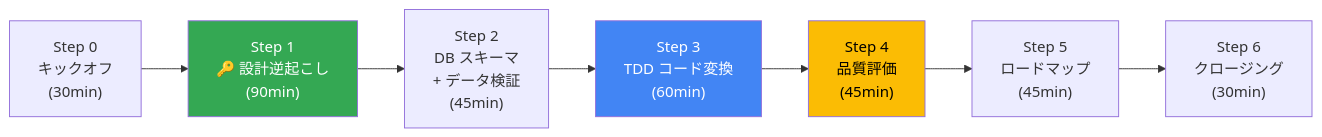
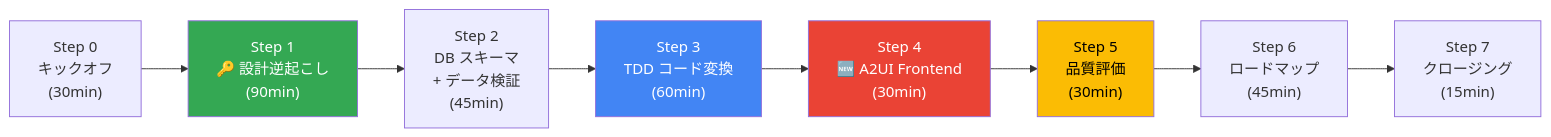
One commit to tyorikan/migration-with-ai changed the first of 9 diagrams in workshop-real/README.md. Above: the diagram before and after it, drawn with Mermaid. The commit also changed other lines of this file and 17 other files, not shown here.

````diff
--- a/workshop-real/README.md
+++ b/workshop-real/README.md
@@ -61,13 +62,15 @@
 ```mermaid
 graph LR
     S0["Step 0<br/>キックオフ<br/>(30min)"] --> S1["Step 1<br/>🔑 設計逆起こし<br/>(90min)"]
     S1 --> S2["Step 2<br/>DB スキーマ<br/>+ データ検証<br/>(45min)"]
     S2 --> S3["Step 3<br/>TDD コード変換<br/>(60min)"]
-    S3 --> S4["Step 4<br/>品質評価<br/>(45min)"]
-    S4 --> S5["Step 5<br/>ロードマップ<br/>(45min)"]
-    S5 --> S6["Step 6<br/>クロージング<br/>(30min)"]
+    S3 --> S4["Step 4<br/>🆕 A2UI Frontend<br/>(30min)"]
+    S4 --> S5["Step 5<br/>品質評価<br/>(30min)"]
+    S5 --> S6["Step 6<br/>ロードマップ<br/>(45min)"]
+    S6 --> S7["Step 7<br/>クロージング<br/>(15min)"]
 
     style S1 fill:#34A853,color:#fff
     style S3 fill:#4285F4,color:#fff
-    style S4 fill:#FBBC04,color:#000
+    style S4 fill:#EA4335,color:#fff
+    style S5 fill:#FBBC04,color:#000
 ```
````
